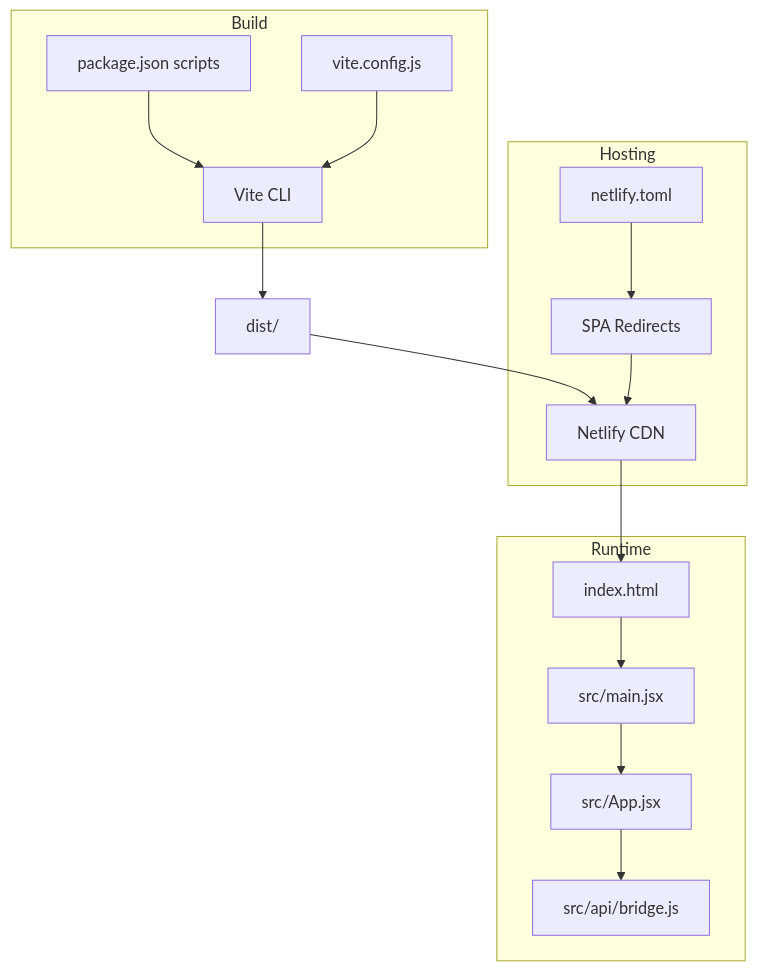
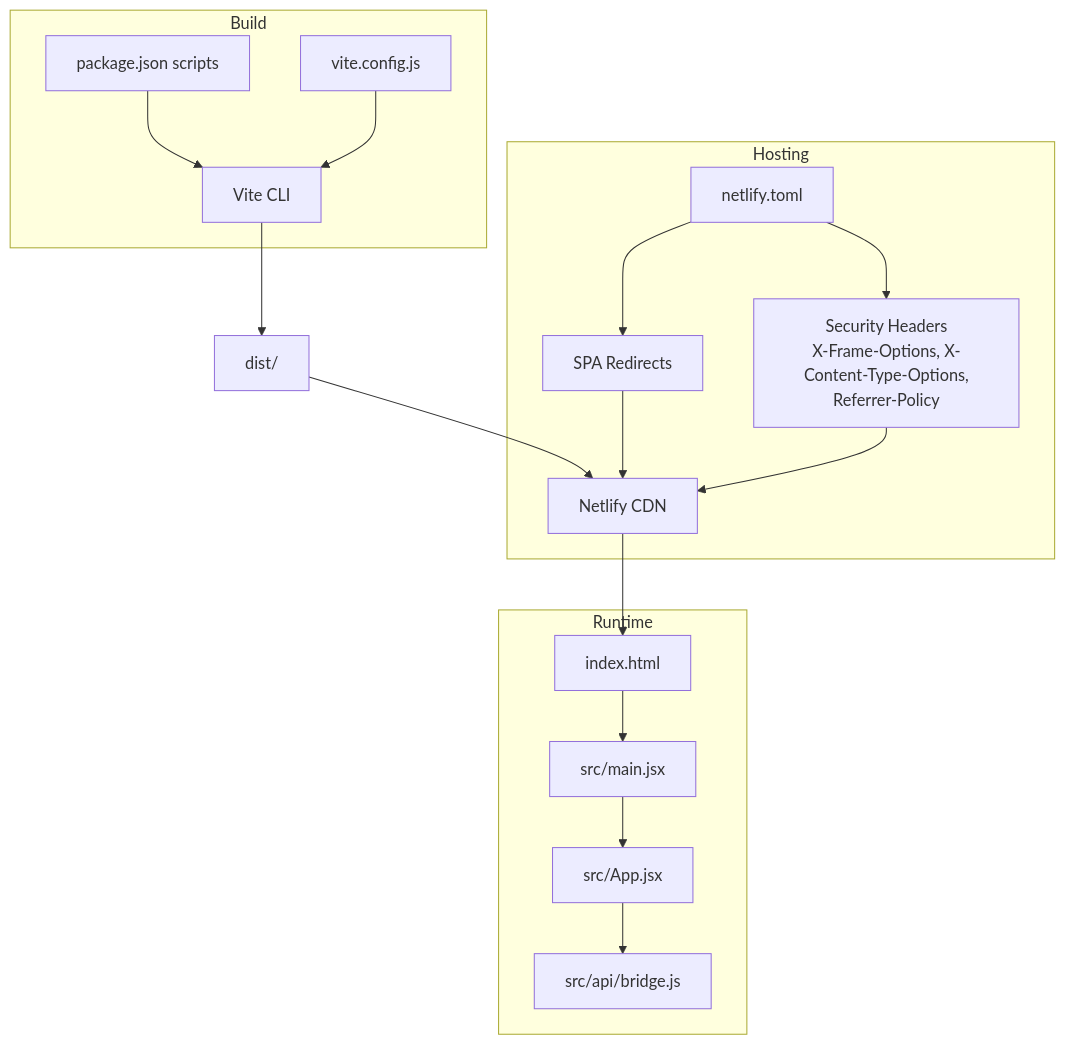
The second of 3 diagrams in .qoder/repowiki/en/content/Deployment and Hosting.md (KaranMakani/deposit-fixer), drawn with Mermaid before and after one commit. The commit also changed other lines of this file and 10 other files, not shown here.

````diff
--- a/.qoder/repowiki/en/content/Deployment and Hosting.md
+++ b/.qoder/repowiki/en/content/Deployment and Hosting.md
@@ -90,29 +100,32 @@
 ```mermaid
 graph TB
 subgraph "Build"
 ViteCfg["vite.config.js"]
 Pkg["package.json scripts"]
 Vite["Vite CLI"]
 end
 subgraph "Hosting"
 NetlifyCfg["netlify.toml"]
 CDN["Netlify CDN"]
 Redirects["SPA Redirects"]
+Security["Security Headers<br/>X-Frame-Options, X-Content-Type-Options,<br/>Referrer-Policy"]
 end
 subgraph "Runtime"
 HTML["index.html"]
 Main["src/main.jsx"]
 App["src/App.jsx"]
 API["src/api/bridge.js"]
 end
 Pkg --> Vite
 ViteCfg --> Vite
 Vite --> Dist["dist/"]
 Dist --> CDN
 NetlifyCfg --> Redirects
+NetlifyCfg --> Security
 Redirects --> CDN
+Security --> CDN
 CDN --> HTML
 HTML --> Main
 Main --> App
 App --> API
 ```
````
